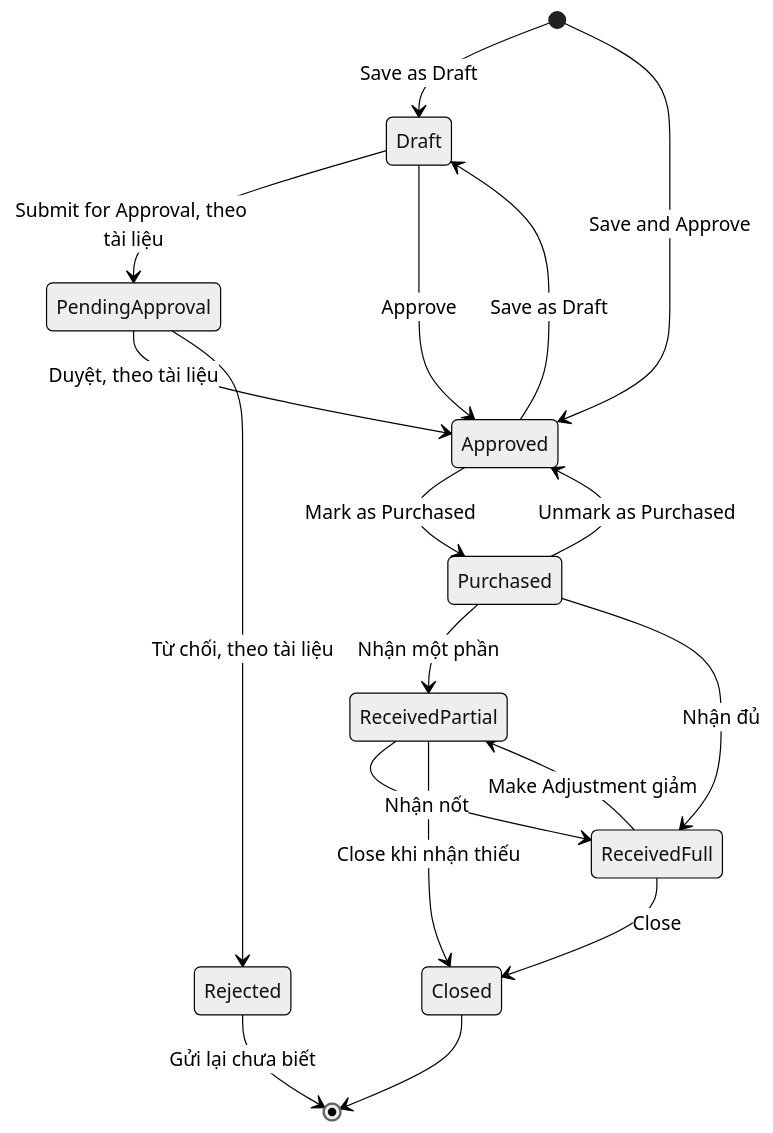
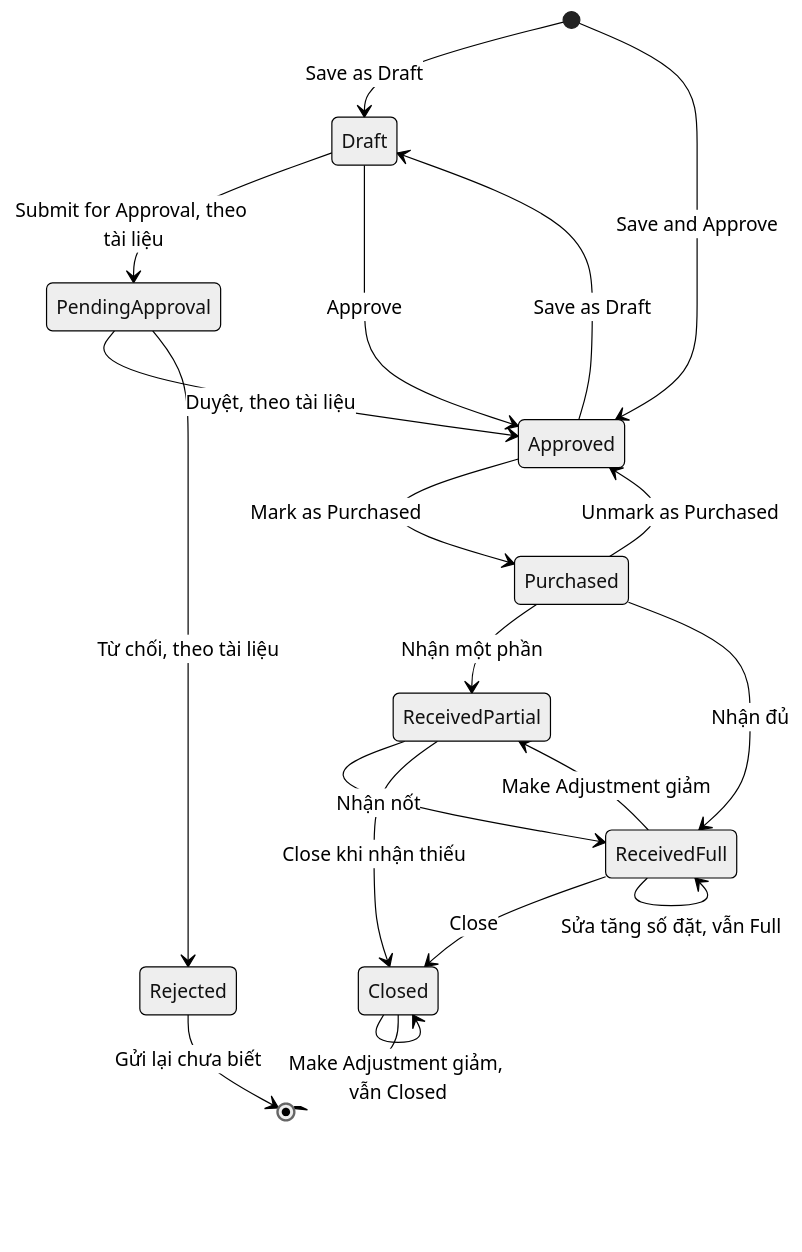
One commit to szitphan/invlogis changed the first of 5 diagrams in docs/_research/fleetio/srs/fleetio-parts-purchasing-fuel-states.md. Above: the diagram before and after it, drawn with Mermaid (neutral theme). The commit also changed other lines of this file and 113 other files, not shown here.

````diff
--- a/docs/_research/fleetio/srs/fleetio-parts-purchasing-fuel-states.md
+++ b/docs/_research/fleetio/srs/fleetio-parts-purchasing-fuel-states.md
@@ -13,20 +13,22 @@
 ```mermaid
 stateDiagram-v2
     [*] --> Draft: Save as Draft
     [*] --> Approved: Save and Approve
     Draft --> PendingApproval: Submit for Approval, theo tài liệu
     Draft --> Approved: Approve
     Approved --> Draft: Save as Draft
     PendingApproval --> Approved: Duyệt, theo tài liệu
     PendingApproval --> Rejected: Từ chối, theo tài liệu
     Approved --> Purchased: Mark as Purchased
     Purchased --> Approved: Unmark as Purchased
     Purchased --> ReceivedPartial: Nhận một phần
     Purchased --> ReceivedFull: Nhận đủ
     ReceivedPartial --> ReceivedFull: Nhận nốt
     ReceivedFull --> ReceivedPartial: Make Adjustment giảm
     ReceivedPartial --> Closed: Close khi nhận thiếu
     ReceivedFull --> Closed: Close
+    ReceivedFull --> ReceivedFull: Sửa tăng số đặt, vẫn Full
+    Closed --> Closed: Make Adjustment giảm, vẫn Closed
     Rejected --> [*]: Gửi lại chưa biết
     Closed --> [*]
 ```
````
